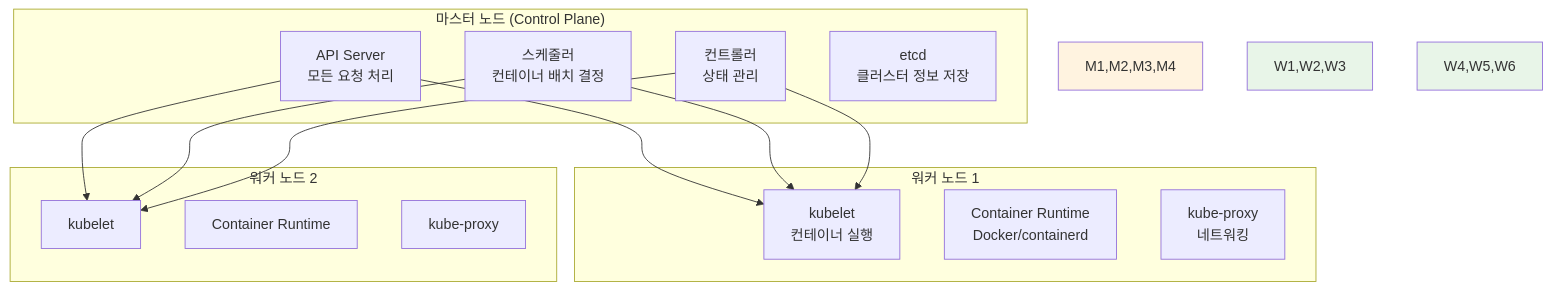
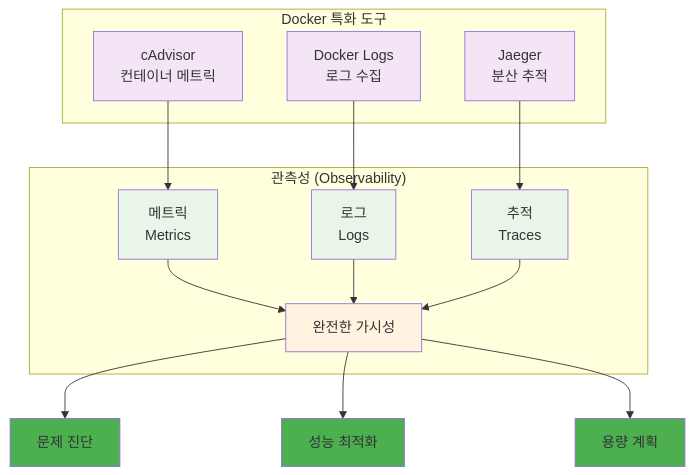
Before and after one commit to niceguy61/kdt_devops_lecture_2025: the third of 3 diagrams in theory/week_02/day4/session_2.md, drawn with Mermaid. The commit also changed other lines of this file and 27 other files, not shown here.

````diff
--- a/theory/week_02/day4/session_2.md
+++ b/theory/week_02/day4/session_2.md
@@ -188,32 +148,29 @@
 ```mermaid
 graph TB
-    subgraph "마스터 노드 (Control Plane)"
-        M1[API Server<br/>모든 요청 처리]
-        M2[스케줄러<br/>컨테이너 배치 결정]
-        M3[컨트롤러<br/>상태 관리]
-        M4[etcd<br/>클러스터 정보 저장]
+    subgraph "관측성 (Observability)"
+        A[메트릭<br/>Metrics] --> D[완전한 가시성]
+        B[로그<br/>Logs] --> D
+        C[추적<br/>Traces] --> D
     end
     
-    subgraph "워커 노드 1"
-        W1[kubelet<br/>컨테이너 실행]
-        W2[Container Runtime<br/>Docker/containerd]
-        W3[kube-proxy<br/>네트워킹]
+    subgraph "Docker 특화 도구"
+        E[cAdvisor<br/>컨테이너 메트릭] --> A
+        F[Docker Logs<br/>로그 수집] --> B
+        G[Jaeger<br/>분산 추적] --> C
     end
     
-    subgraph "워커 노드 2"
-        W4[kubelet]
-        W5[Container Runtime]
-        W6[kube-proxy]
-    end
+    D --> H[문제 진단]
+    D --> I[성능 최적화]
+    D --> J[용량 계획]
     
-    M1 --> W1
-    M1 --> W4
-    M2 --> W1
-    M2 --> W4
-    M3 --> W1
-    M3 --> W4
-    
-    style M1,M2,M3,M4 fill:#fff3e0
-    style W1,W2,W3 fill:#e8f5e8
-    style W4,W5,W6 fill:#e8f5e8
+    style A fill:#e8f5e8
+    style B fill:#e8f5e8
+    style C fill:#e8f5e8
+    style D fill:#fff3e0
+    style E fill:#f3e5f5
+    style F fill:#f3e5f5
+    style G fill:#f3e5f5
+    style H fill:#4caf50
+    style I fill:#4caf50
+    style J fill:#4caf50
 ```
````
